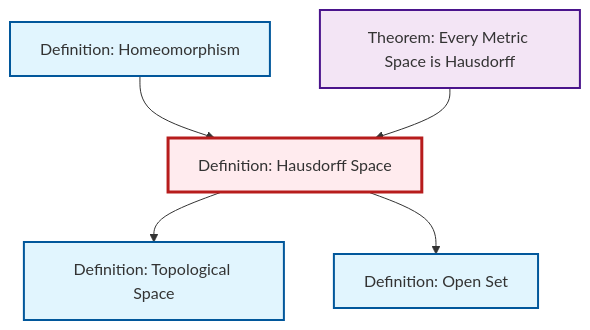
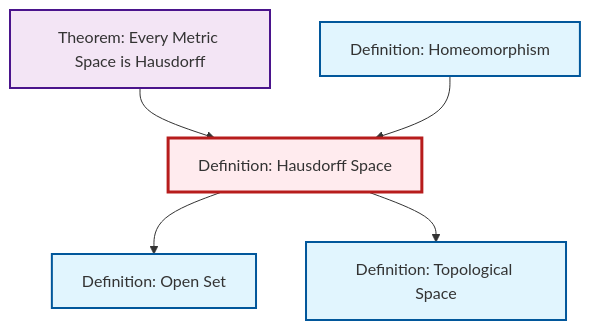
One commit to RK0429/ModernMath changed the diagram in output/mermaid/def-hausdorff.mermaid. Above: the diagram before and after it, drawn with Mermaid. The commit also changed other lines of this file and 554 other files, not shown here.

```diff
--- a/output/mermaid/def-hausdorff.mermaid
+++ b/output/mermaid/def-hausdorff.mermaid
@@ -1,17 +1,17 @@
 %%| fig-cap: "Local dependency graph"
 graph TD
     classDef definition fill:#e1f5fe,stroke:#01579b,stroke-width:2px
     classDef theorem fill:#f3e5f5,stroke:#4a148c,stroke-width:2px
     classDef axiom fill:#fff3e0,stroke:#e65100,stroke-width:2px
     classDef example fill:#e8f5e9,stroke:#1b5e20,stroke-width:2px
     classDef current fill:#ffebee,stroke:#b71c1c,stroke-width:3px
     thm-metric-hausdorff["Theorem: Every Metric Space is Hausdorff"]:::theorem
-    def-homeomorphism["Definition: Homeomorphism"]:::definition
-    def-topological-space["Definition: Topological Space"]:::definition
     def-hausdorff["Definition: Hausdorff Space"]:::definition
     def-open-set["Definition: Open Set"]:::definition
+    def-topological-space["Definition: Topological Space"]:::definition
+    def-homeomorphism["Definition: Homeomorphism"]:::definition
+    def-hausdorff --> def-open-set
     def-hausdorff --> def-topological-space
+    thm-metric-hausdorff --> def-hausdorff
     def-homeomorphism --> def-hausdorff
-    thm-metric-hausdorff --> def-hausdorff
-    def-hausdorff --> def-open-set
     class def-hausdorff current
```
